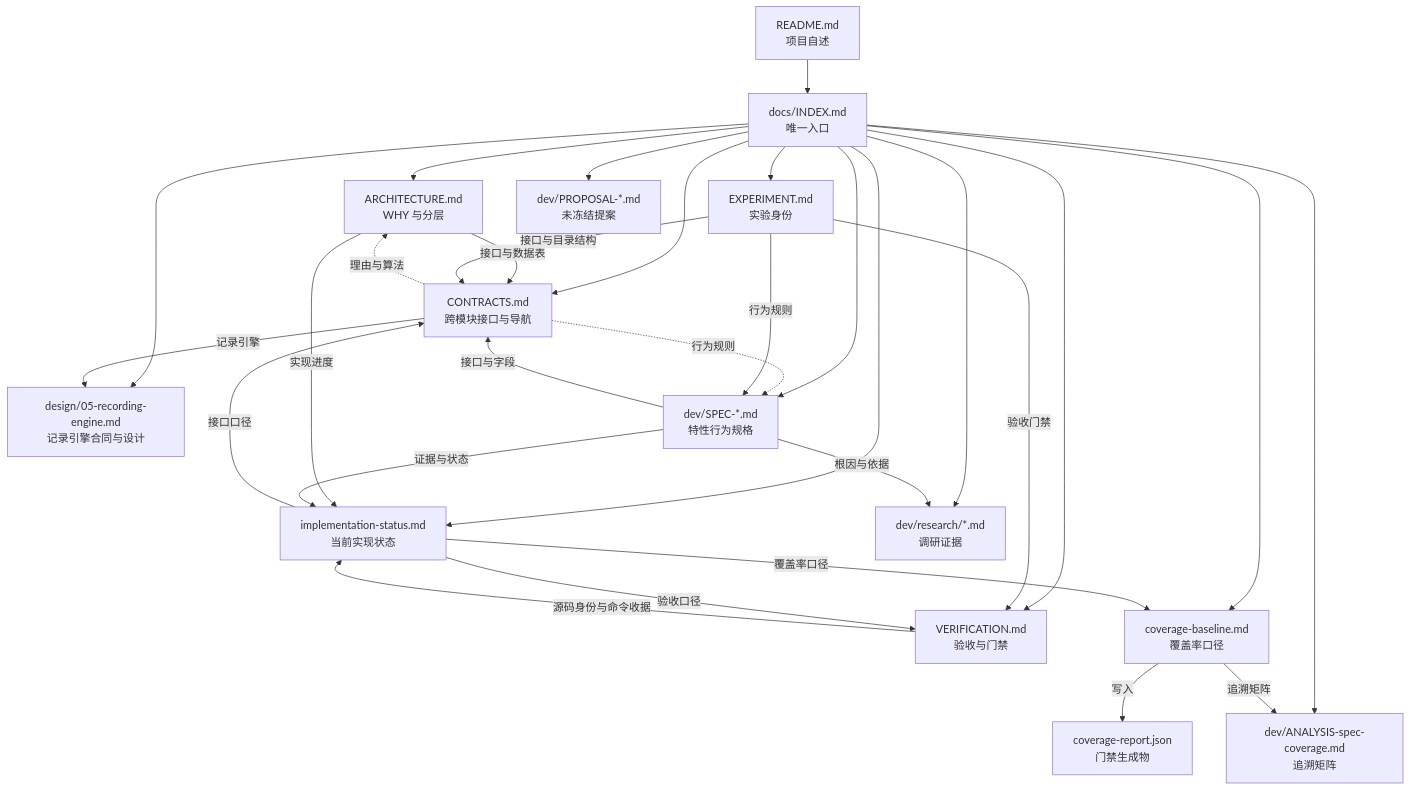
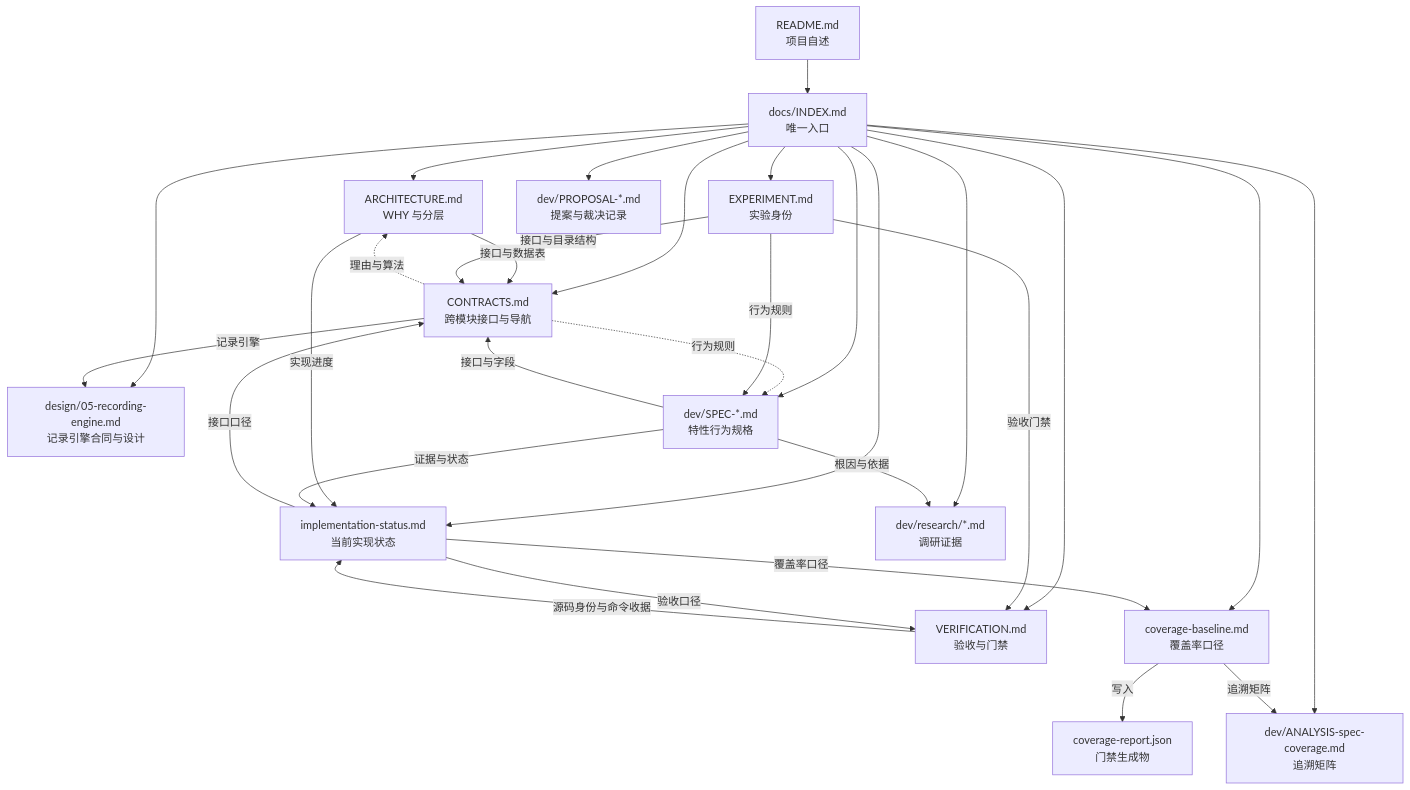
The diagram in docs/INDEX.md (HoldThatThgt/WorldMock), drawn with Mermaid before and after one commit. The commit also changed other lines of this file and 46 other files, not shown here.

````diff
--- a/docs/INDEX.md
+++ b/docs/INDEX.md
@@ -113,47 +122,47 @@
 ```mermaid
 flowchart TB
     README["README.md<br/>项目自述"]
     IDX["docs/INDEX.md<br/>唯一入口"]
     ARCH["ARCHITECTURE.md<br/>WHY 与分层"]
     CON["CONTRACTS.md<br/>跨模块接口与导航"]
     RECORD["design/05-recording-engine.md<br/>记录引擎合同与设计"]
     EXP["EXPERIMENT.md<br/>实验身份"]
     VER["VERIFICATION.md<br/>验收与门禁"]
     IMPL["implementation-status.md<br/>当前实现状态"]
     COV["coverage-baseline.md<br/>覆盖率口径"]
     REP["coverage-report.json<br/>门禁生成物"]
     SPEC["dev/SPEC-*.md<br/>特性行为规格"]
-    PROP["dev/PROPOSAL-*.md<br/>未冻结提案"]
+    PROP["dev/PROPOSAL-*.md<br/>提案与裁决记录"]
     RES["dev/research/*.md<br/>调研证据"]
     ANA["dev/ANALYSIS-spec-coverage.md<br/>追溯矩阵"]
 
     README --> IDX
     IDX --> ARCH
     IDX --> RECORD
     CON -->|"记录引擎"| RECORD
     IDX --> CON
     IDX --> EXP
     IDX --> VER
     IDX --> IMPL
     IDX --> COV
     IDX --> SPEC
     IDX --> PROP
     IDX --> RES
     IDX --> ANA
     ARCH -->|"接口与数据表"| CON
     ARCH -->|"实现进度"| IMPL
     CON -.->|"理由与算法"| ARCH
     CON -.->|"行为规则"| SPEC
     EXP -->|"接口与目录结构"| CON
     EXP -->|"行为规则"| SPEC
     EXP -->|"验收门禁"| VER
     VER -->|"源码身份与命令收据"| IMPL
     IMPL -->|"接口口径"| CON
     IMPL -->|"验收口径"| VER
     IMPL -->|"覆盖率口径"| COV
     COV -->|"追溯矩阵"| ANA
     COV -->|"写入"| REP
     SPEC -->|"接口与字段"| CON
     SPEC -->|"证据与状态"| IMPL
     SPEC -->|"根因与依据"| RES
 ```
````
